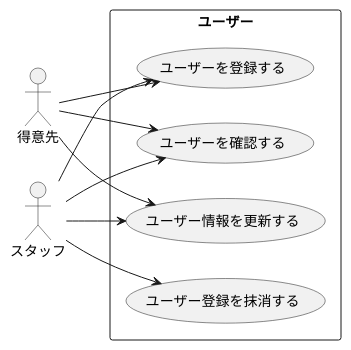
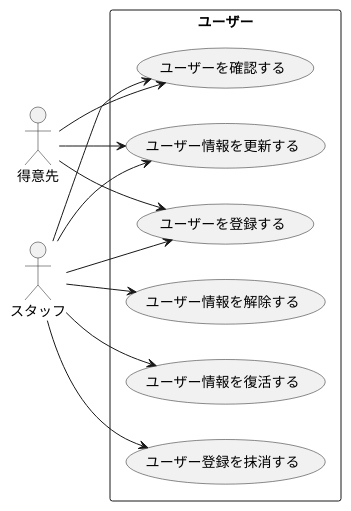
Before and after one commit to k2works/application_programing_excercise_2022: diagram 46 of 49 in docs/index.adoc, drawn with PlantUML. The commit also changed other lines of this file, not shown here.

```diff
--- a/docs/index.adoc
+++ b/docs/index.adoc
@@ -1374,21 +1428,25 @@
 [plantuml]
 ----
 @startuml
 left to right direction
 actor "得意先" as customer
 actor "スタッフ" as staff
 rectangle ユーザー {
 usecase "ユーザーを登録する" as UC1
 usecase "ユーザーを確認する" as UC2
 usecase "ユーザー情報を更新する" as UC3
-usecase "ユーザー登録を抹消する" as UC4
+usecase "ユーザー情報を解除する" as UC4
+usecase "ユーザー情報を復活する" as UC5
+usecase "ユーザー登録を抹消する" as UC6
 }
 customer --> UC1
 customer --> UC2
 customer --> UC3
 staff --> UC1
 staff --> UC2
 staff --> UC3
 staff --> UC4
+staff --> UC5
+staff --> UC6
 @enduml
 ----
```
